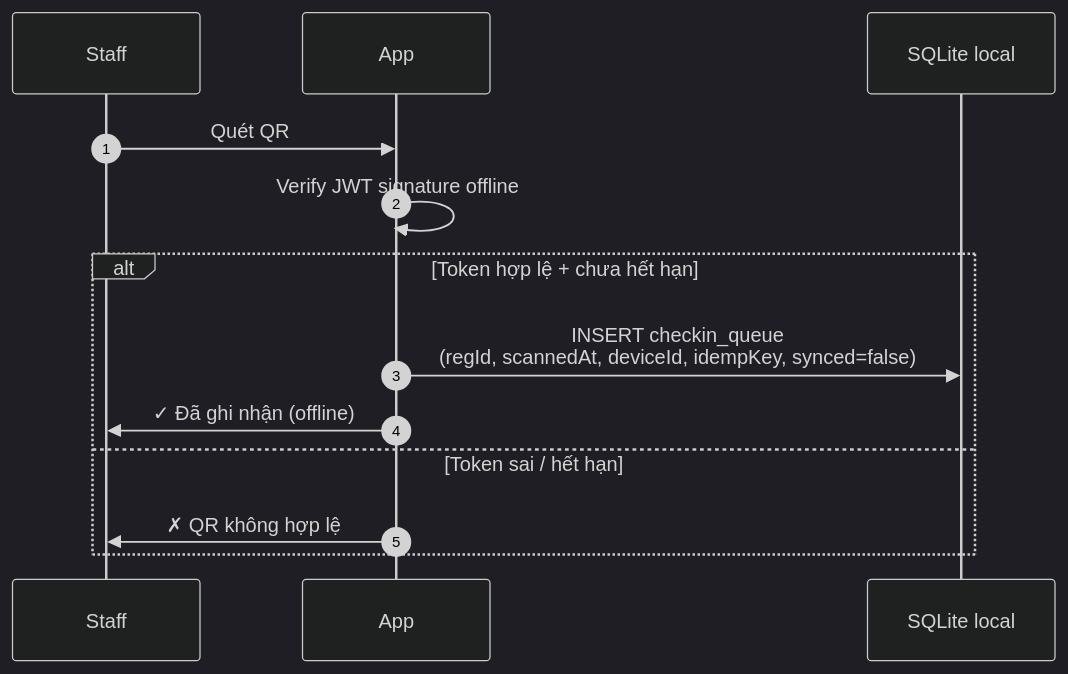
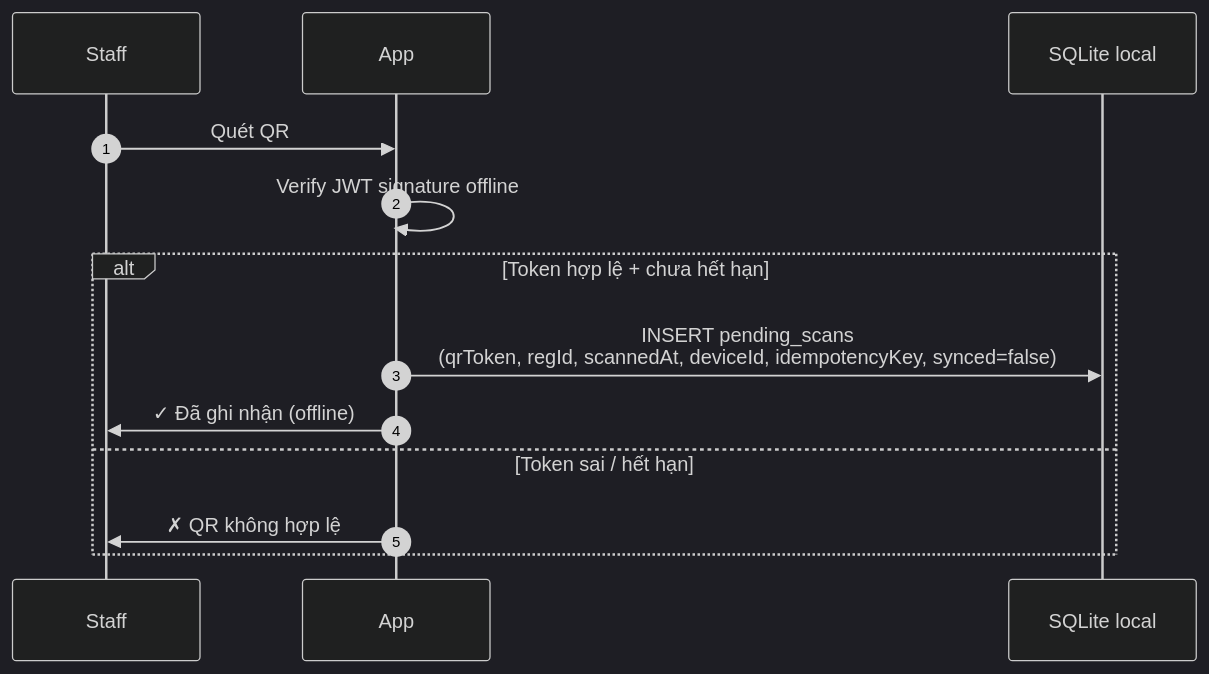
The second of 3 diagrams in blueprint/specs/checkin.md (ThangTo/UniHub-Workshop), drawn with Mermaid (dark theme) before and after one commit. The commit also changed other lines of this file and 11 other files, not shown here.

````diff
--- a/blueprint/specs/checkin.md
+++ b/blueprint/specs/checkin.md
@@ -46,16 +46,16 @@
 ```mermaid
 sequenceDiagram
     autonumber
     participant Staff
     participant App
     participant SQLite as SQLite local
 
     Staff->>App: Quét QR
     App->>App: Verify JWT signature offline
     alt Token hợp lệ + chưa hết hạn
-        App->>SQLite: INSERT checkin_queue<br/>(regId, scannedAt, deviceId, idempKey, synced=false)
+        App->>SQLite: INSERT pending_scans<br/>(qrToken, regId, scannedAt, deviceId, idempotencyKey, synced=false)
         App->>Staff: ✓ Đã ghi nhận (offline)
     else Token sai / hết hạn
         App->>Staff: ✗ QR không hợp lệ
     end
 ```
````
